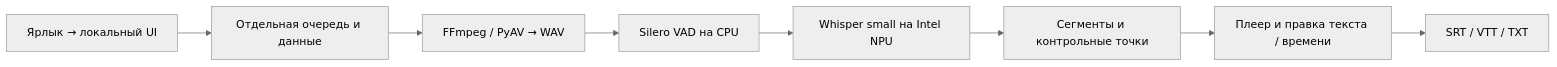
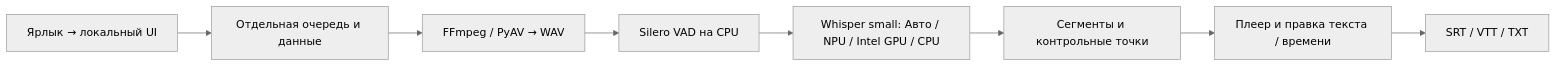
The diagram in README.md (IavnFGV/video-descriptor), drawn with Mermaid (neutral theme) before and after one commit. The commit also changed other lines of this file and 26 other files, not shown here.

First line of the commit message:
feat(windows): add verified Auto NPU GPU CPU speech routing and action history

````diff
--- a/README.md
+++ b/README.md
@@ -37,10 +40,10 @@
 ```mermaid
 flowchart LR
   A[Ярлык → локальный UI] --> B[Отдельная очередь и данные]
   B --> C[FFmpeg / PyAV → WAV]
   C --> D[Silero VAD на CPU]
-  D --> E[Whisper small на Intel NPU]
+  D --> E[Whisper small: Авто / NPU / Intel GPU / CPU]
   E --> F[Сегменты и контрольные точки]
   F --> G[Плеер и правка текста / времени]
   G --> H[SRT / VTT / TXT]
 ```
````
